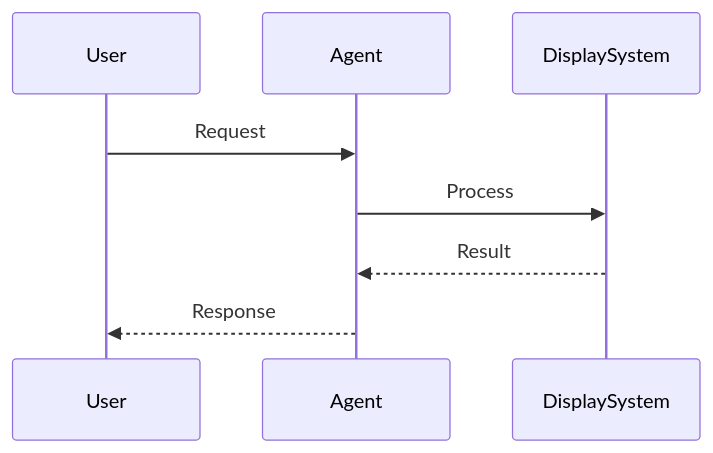
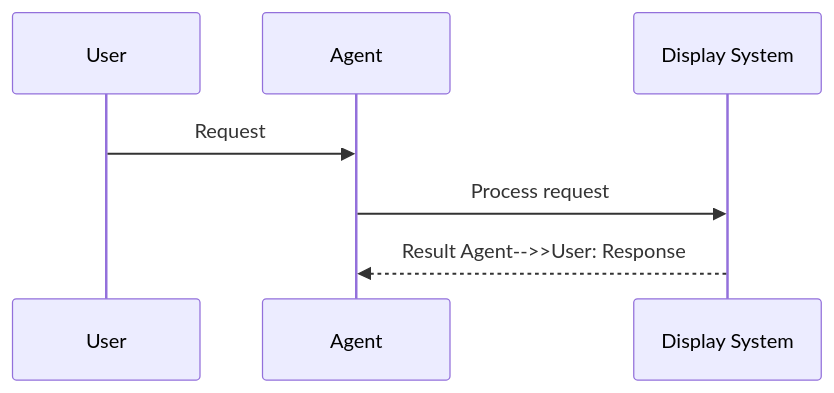
Before and after one commit to MervinPraison/PraisonAIDocs: the second of 2 diagrams in docs/features/display-system.mdx, drawn with Mermaid. The commit also changed 204 other files, not shown here.

First line of the commit message:
docs: align feature/tool pages with AGENTS.md hero + sequence + import standards (fixes #1775)

````diff
--- a/docs/features/display-system.mdx
+++ b/docs/features/display-system.mdx
@@ -51,11 +51,10 @@
 ```mermaid
 sequenceDiagram
     participant User
     participant Agent
-    participant DisplaySystem
+    participant Feature as Display System
 
     User->>Agent: Request
-    Agent->>DisplaySystem: Process
-    DisplaySystem-->>Agent: Result
-    Agent-->>User: Response
+    Agent->>Feature: Process request
+    Feature-->>Agent: Result    Agent-->>User: Response
 ```
````
